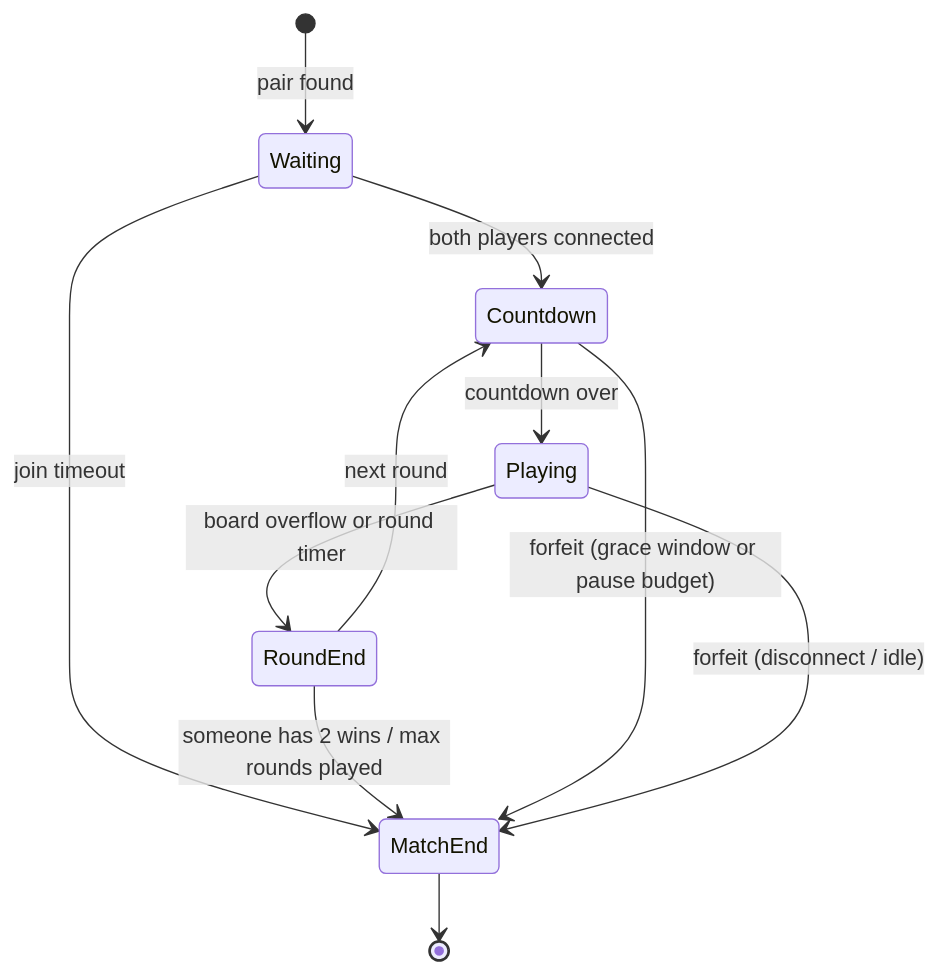
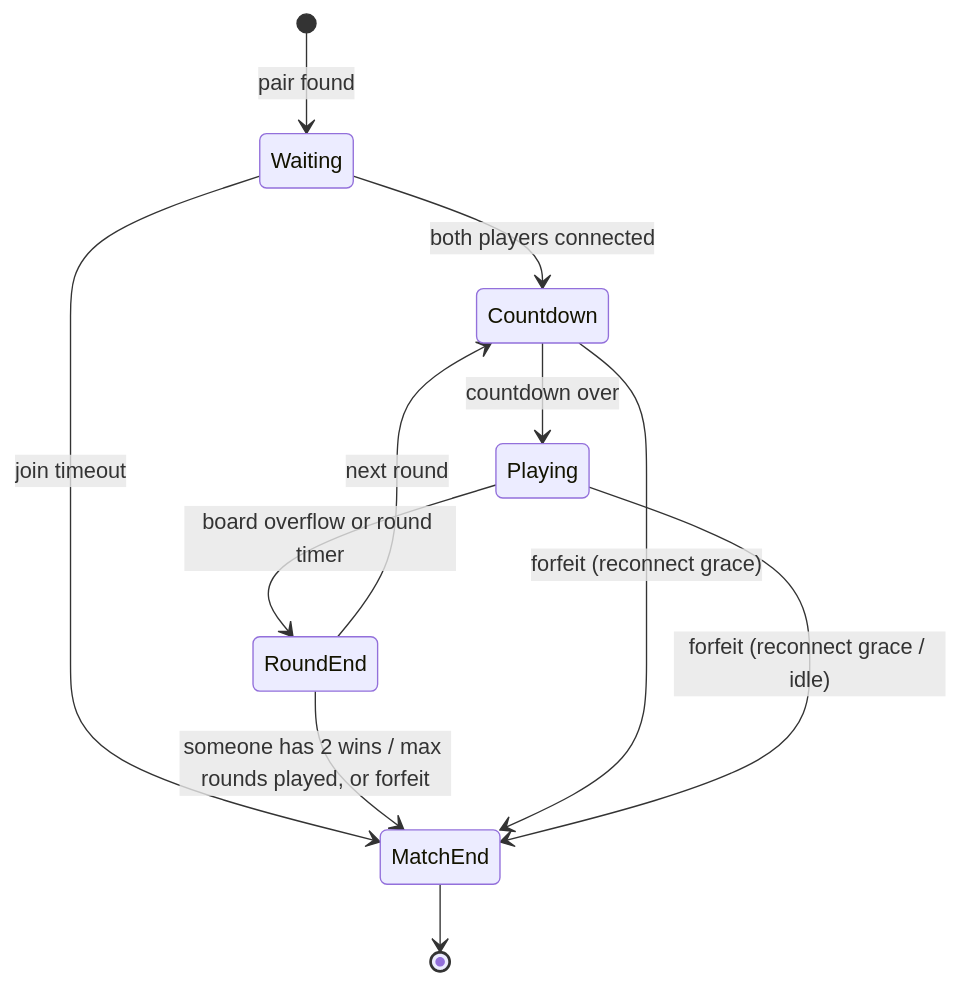
One commit to Gegirhasut/sabostack-go-server changed the second of 2 diagrams in README.md. Above: the diagram before and after it, drawn with Mermaid. The commit also changed other lines of this file and 27 other files, not shown here.

First line of the commit message:
Matches never pause on a disconnect; silent connections start the grace

````diff
--- a/README.md
+++ b/README.md
@@ -104,13 +105,13 @@
 ```mermaid
 stateDiagram-v2
     [*] --> Waiting: pair found
     Waiting --> Countdown: both players connected
     Waiting --> MatchEnd: join timeout
     Countdown --> Playing: countdown over
     Playing --> RoundEnd: board overflow or round timer
     RoundEnd --> Countdown: next round
-    RoundEnd --> MatchEnd: someone has 2 wins / max rounds played
-    Countdown --> MatchEnd: forfeit (grace window or pause budget)
-    Playing --> MatchEnd: forfeit (disconnect / idle)
+    RoundEnd --> MatchEnd: someone has 2 wins / max rounds played, or forfeit
+    Countdown --> MatchEnd: forfeit (reconnect grace)
+    Playing --> MatchEnd: forfeit (reconnect grace / idle)
     MatchEnd --> [*]
 ```
````
